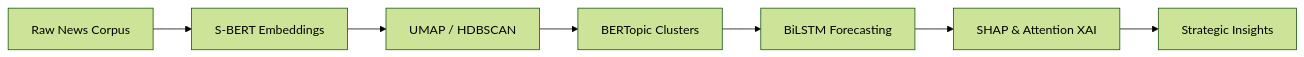
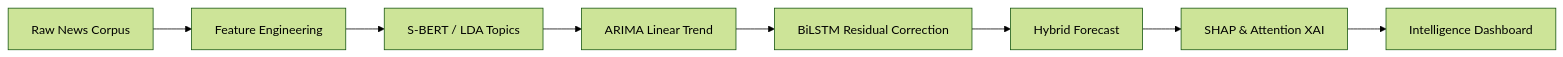
The diagram in README.md (meenaksh06/Dynamic-Trend-Event-Detector), drawn with Mermaid (forest theme) before and after one commit. The commit also changed other lines of this file and 8 other files, not shown here.

````diff
--- a/README.md
+++ b/README.md
@@ -15,9 +18,10 @@
 ```mermaid
 graph LR
-    A[Raw News Corpus] --> B[S-BERT Embeddings]
-    B --> C[UMAP / HDBSCAN]
-    C --> D[BERTopic Clusters]
-    D --> E[BiLSTM Forecasting]
-    E --> F[SHAP & Attention XAI]
-    F --> G[Strategic Insights]
+    A[Raw News Corpus] --> B[Feature Engineering]
+    B --> C[S-BERT / LDA Topics]
+    C --> D[ARIMA Linear Trend]
+    D --> E[BiLSTM Residual Correction]
+    E --> F[Hybrid Forecast]
+    F --> G[SHAP & Attention XAI]
+    G --> H[Intelligence Dashboard]
 ```
````
